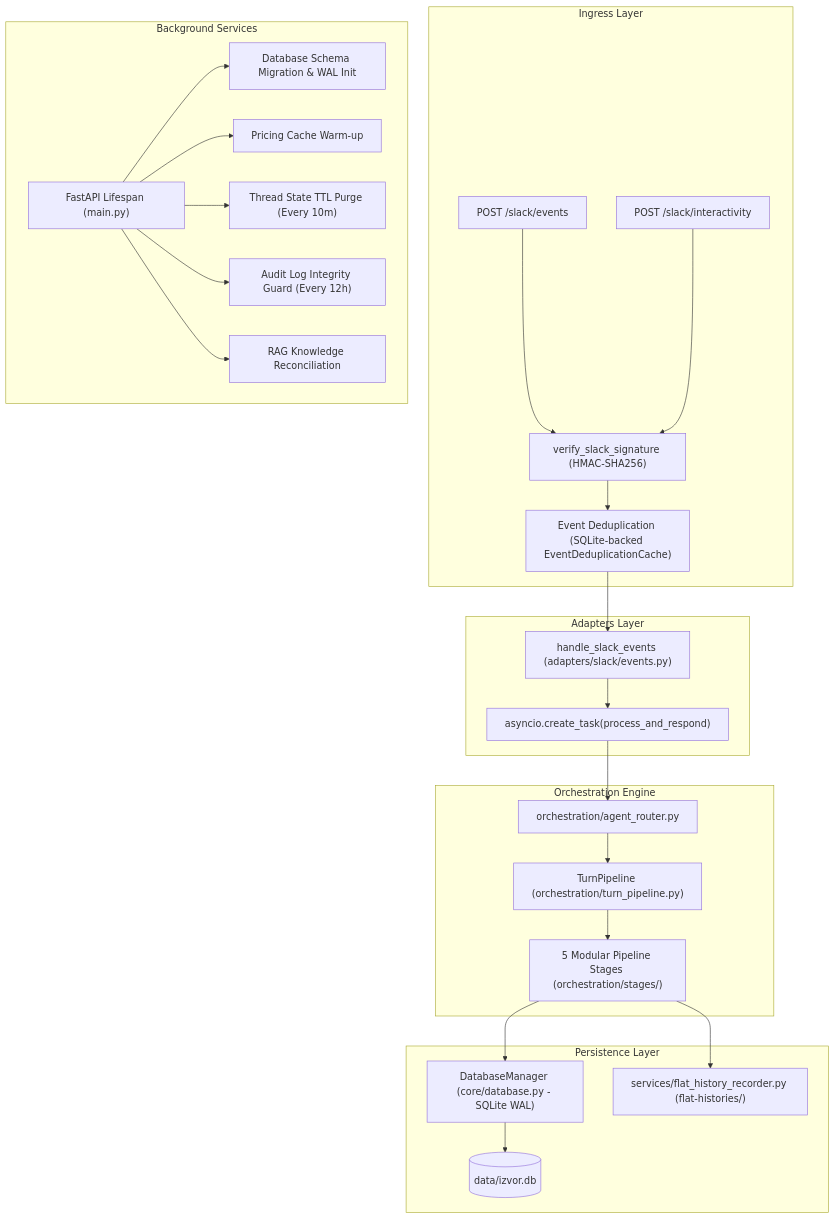
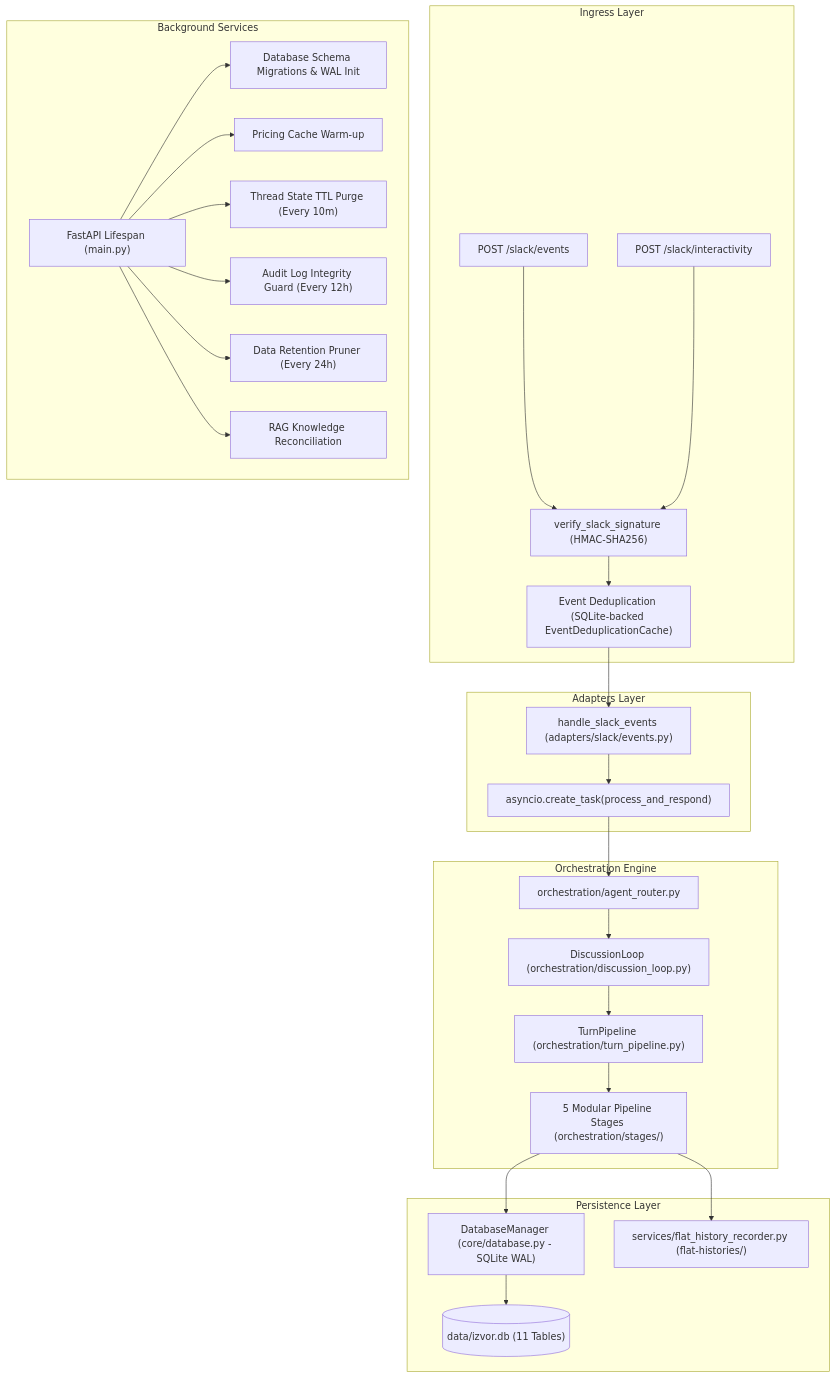
The diagram in docs/architecture/system-design.md (BranMik/Izvor), drawn with Mermaid before and after one commit. The commit also changed other lines of this file and 136 other files, not shown here.

````diff
--- a/docs/architecture/system-design.md
+++ b/docs/architecture/system-design.md
@@ -11,34 +11,36 @@
 ```mermaid
 graph TD
     subgraph Ingress Layer
         SlackWebhook["POST /slack/events"] --> SignatureGuard["verify_slack_signature (HMAC-SHA256)"]
         SlackInteractivity["POST /slack/interactivity"] --> SignatureGuard
         SignatureGuard --> Dedup["Event Deduplication (SQLite-backed EventDeduplicationCache)"]
     end
 
     subgraph Adapters Layer
         Dedup --> EventDispatcher["handle_slack_events (adapters/slack/events.py)"]
         EventDispatcher --> AsyncWorker["asyncio.create_task(process_and_respond)"]
     end
 
     subgraph Orchestration Engine
         AsyncWorker --> AgentRouter["orchestration/agent_router.py"]
-        AgentRouter --> TurnPipeline["TurnPipeline (orchestration/turn_pipeline.py)"]
+        AgentRouter --> DiscussionLoop["DiscussionLoop (orchestration/discussion_loop.py)"]
+        DiscussionLoop --> TurnPipeline["TurnPipeline (orchestration/turn_pipeline.py)"]
         TurnPipeline --> Stages["5 Modular Pipeline Stages (orchestration/stages/)"]
     end
 
     subgraph Persistence Layer
         Stages --> DBManager["DatabaseManager (core/database.py - SQLite WAL)"]
-        DBManager --> SQLiteDB[("data/izvor.db")]
+        DBManager --> SQLiteDB[("data/izvor.db (11 Tables)")]
         Stages --> FlatHistories["services/flat_history_recorder.py (flat-histories/)"]
     end
 
     subgraph Background Services
         Lifespan["FastAPI Lifespan (main.py)"]
-        Lifespan --> DBInit["Database Schema Migration & WAL Init"]
+        Lifespan --> DBInit["Database Schema Migrations & WAL Init"]
         Lifespan --> PricingWarmup["Pricing Cache Warm-up"]
         Lifespan --> ThreadPurge["Thread State TTL Purge (Every 10m)"]
         Lifespan --> AuditGuard["Audit Log Integrity Guard (Every 12h)"]
+        Lifespan --> RetentionPrune["Data Retention Pruner (Every 24h)"]
         Lifespan --> RAGReconcile["RAG Knowledge Reconciliation"]
     end
 ```
````
